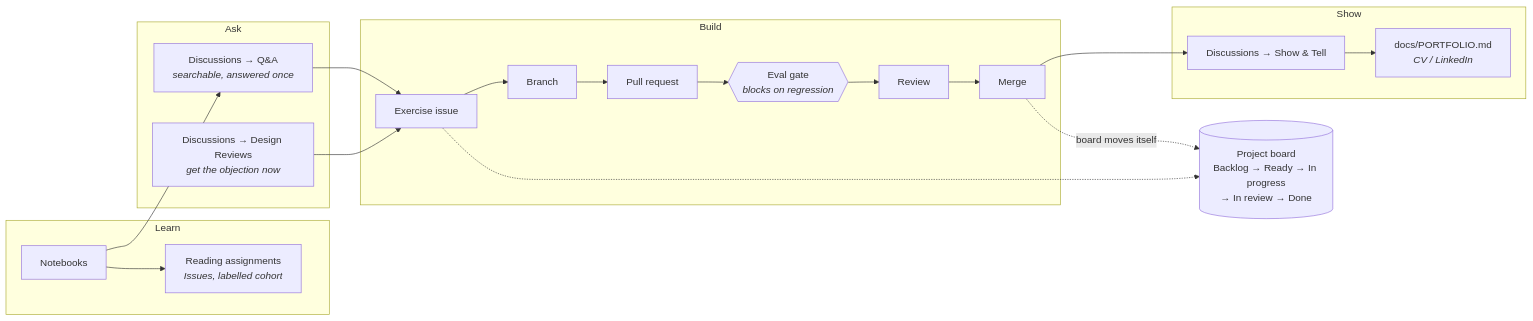
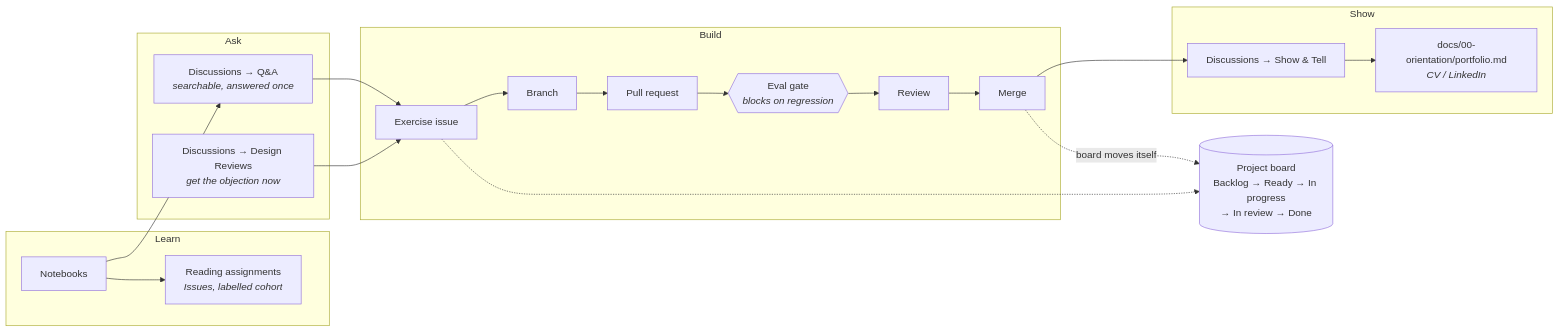
The eighth of 8 diagrams in README.md (akash-coded/nanorag), drawn with Mermaid before and after one commit. The commit also changed other lines of this file and 111 other files, not shown here.

````diff
--- a/README.md
+++ b/README.md
@@ -478,26 +478,26 @@
 ```mermaid
 flowchart LR
     subgraph learn["Learn"]
         N["Notebooks"] --> RD["Reading assignments<br/><i>Issues, labelled cohort</i>"]
     end
     subgraph ask["Ask"]
         QA["Discussions → Q&amp;A<br/><i>searchable, answered once</i>"]
         DR["Discussions → Design Reviews<br/><i>get the objection now</i>"]
     end
     subgraph build["Build"]
         EX["Exercise issue"] --> BR["Branch"] --> PR["Pull request"]
         PR --> EG{{Eval gate<br/><i>blocks on regression</i>}}
         EG --> RV["Review"] --> M["Merge"]
     end
     subgraph show["Show"]
         ST["Discussions → Show &amp; Tell"]
-        PF["docs/PORTFOLIO.md<br/><i>CV / LinkedIn</i>"]
+        PF["docs/00-orientation/portfolio.md<br/><i>CV / LinkedIn</i>"]
     end
     N --> QA
     QA --> EX
     DR --> EX
     M --> ST
     ST --> PF
     M -.->|board moves itself| BD[("Project board<br/>Backlog → Ready → In progress<br/>→ In review → Done")]
     EX -.-> BD
 ```
````
